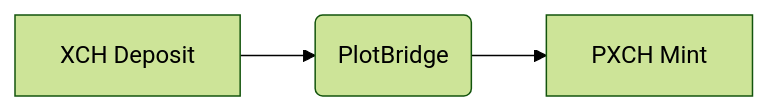
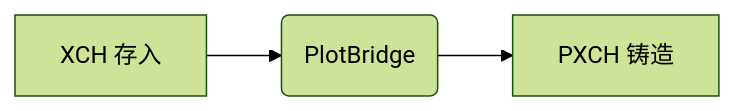
The second of 4 diagrams in content/tokens.zh-cn.md (plot-network/plotbridge-website), drawn with Mermaid (forest theme) before and after one commit. The commit also changed other lines of this file and 2 other files, not shown here.

Commit message:
add mermaid in tokens.md

```diff
--- a/content/tokens.zh-cn.md
+++ b/content/tokens.zh-cn.md
@@ -22,4 +26,4 @@
 {{< mermaid >}}
 graph LR;
-XD[XCH Deposit] --> PB(PlotBridge) --> PM[PXCH Mint]
+XD[XCH 存入] --> PB(PlotBridge) --> PM[PXCH 铸造]
 {{</mermaid>}}
```
